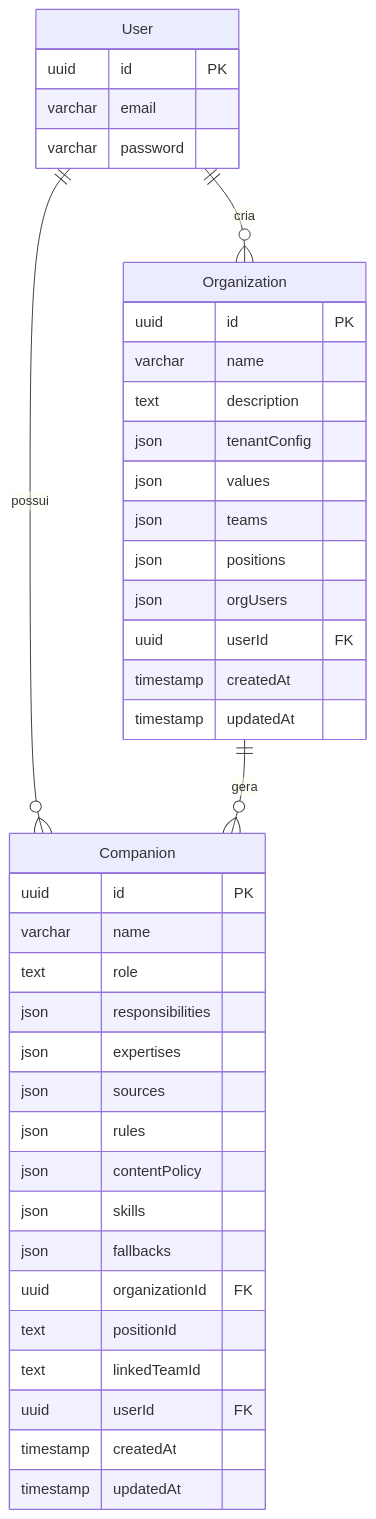
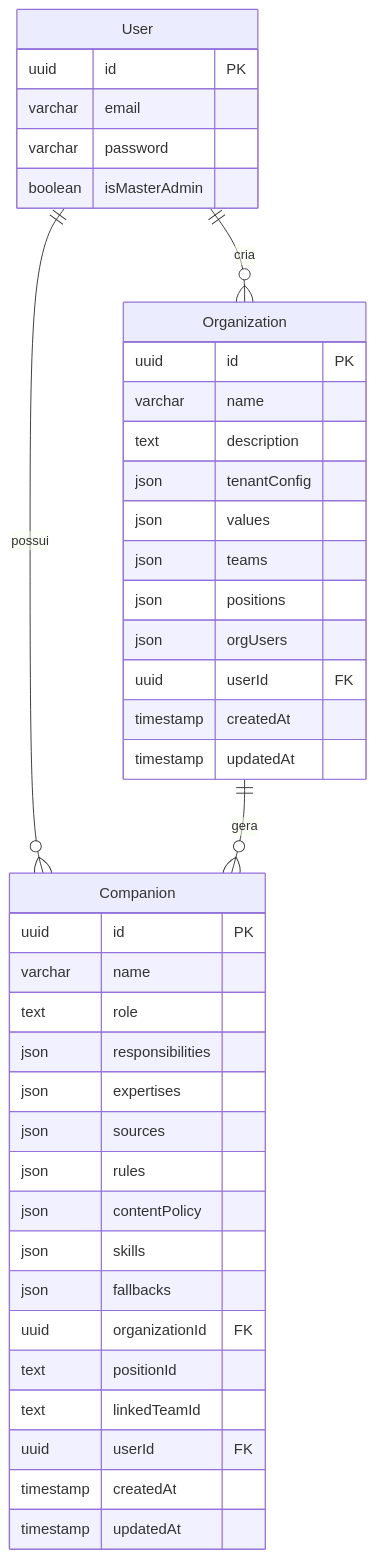
Before and after one commit to humanaLabs/humana-companions: the third of 3 diagrams in docs/analise_mudancas/organization-designer/README.md, drawn with Mermaid. The commit also changed other lines of this file and 6 other files, not shown here.

````diff
--- a/docs/analise_mudancas/organization-designer/README.md
+++ b/docs/analise_mudancas/organization-designer/README.md
@@ -53,45 +354,46 @@
 ```mermaid
 erDiagram
     User {
         uuid id PK
         varchar email
         varchar password
+        boolean isMasterAdmin
     }
     
     Organization {
         uuid id PK
         varchar name
         text description
         json tenantConfig
         json values
         json teams
         json positions
         json orgUsers
         uuid userId FK
         timestamp createdAt
         timestamp updatedAt
     }
     
     Companion {
         uuid id PK
         varchar name
         text role
         json responsibilities
         json expertises
         json sources
         json rules
         json contentPolicy
         json skills
         json fallbacks
         uuid organizationId FK
         text positionId
         text linkedTeamId
         uuid userId FK
         timestamp createdAt
         timestamp updatedAt
     }
     
     User ||--o{ Organization : "cria"
     User ||--o{ Companion : "possui"
     Organization ||--o{ Companion : "gera"
 ```
````
